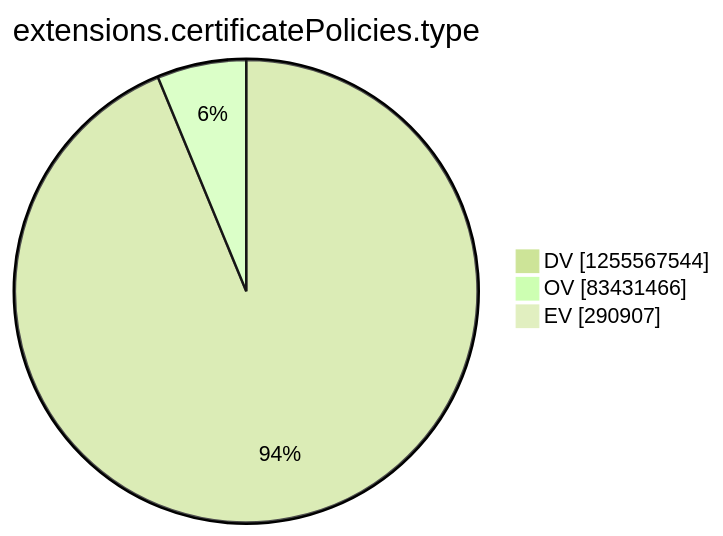
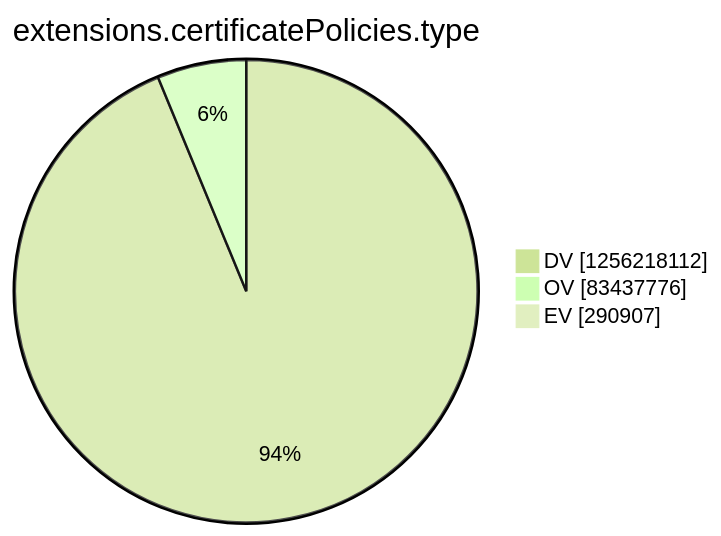
One commit to christiankrug/ctmonitor_visualization changed the tenth of 15 diagrams in argon2022/README.md. Above: the diagram before and after it, drawn with Mermaid (forest theme). The commit also changed other lines of this file, not shown here.

````diff
--- a/argon2022/README.md
+++ b/argon2022/README.md
@@ -2771,7 +2771,7 @@
 ```mermaid
 pie showData
 title extensions.certificatePolicies.type
-"DV" :1255567544
-"OV" :83431466
+"DV" :1256218112
+"OV" :83437776
 "EV" :290907
 ```
````
